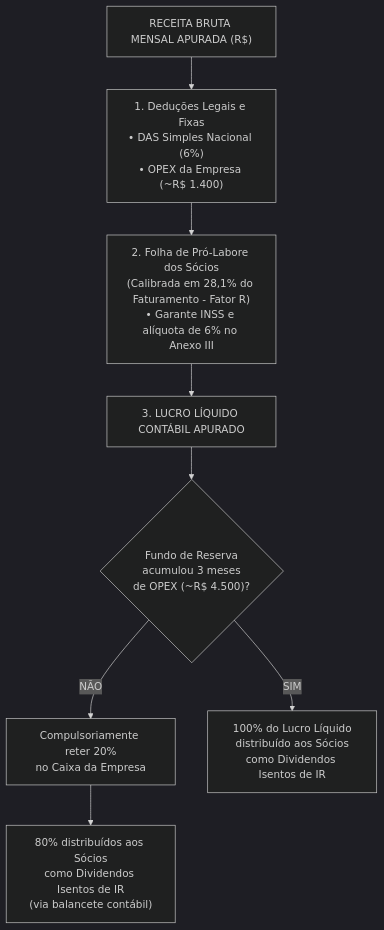
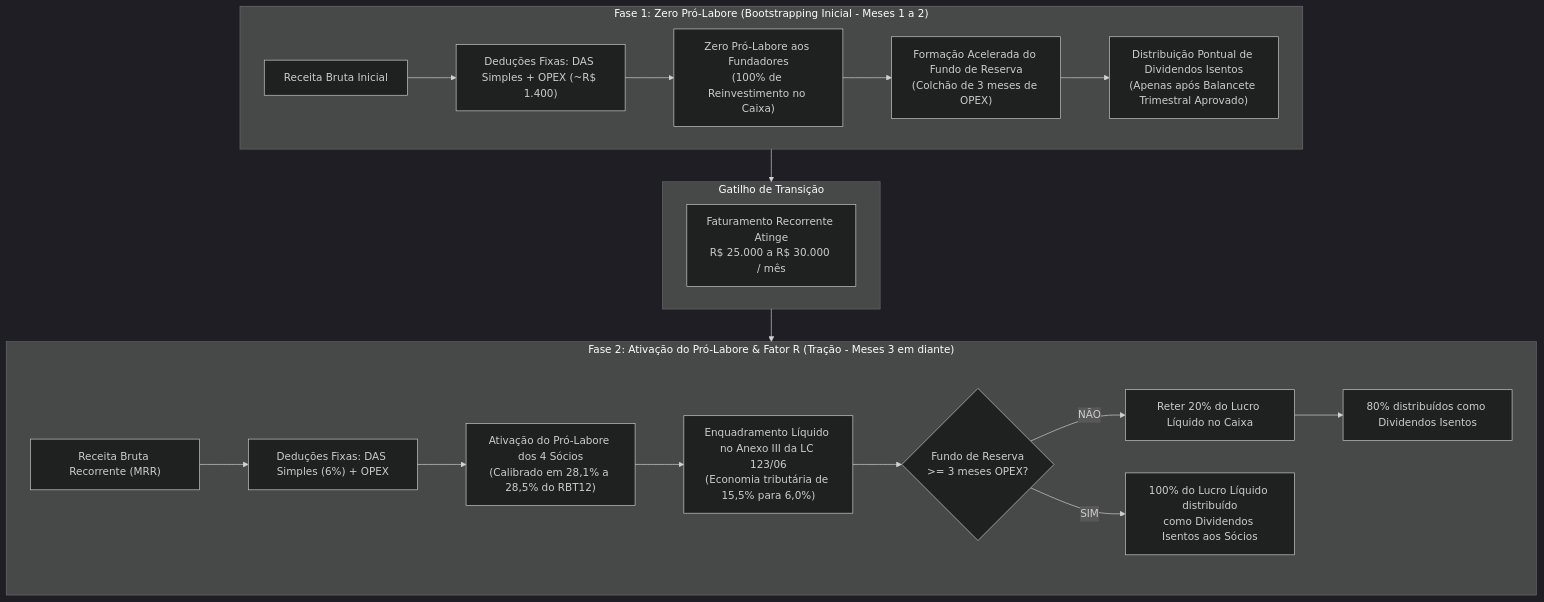
One commit to thiagorduarte1107/startup changed the sixth of 9 diagrams in PLANO_DE_LANCAMENTO_EMPRESARIAL.md. Above: the diagram before and after it, drawn with Mermaid (dark theme). The commit also changed other lines of this file, not shown here.

Commit message:
docs(plan): add Mermaid flowcharts for governance, OpenBot multi-agent squad, 2-phase bootstrapping and outbound funnel

````diff
--- a/PLANO_DE_LANCAMENTO_EMPRESARIAL.md
+++ b/PLANO_DE_LANCAMENTO_EMPRESARIAL.md
@@ -296,10 +345,25 @@
 ```mermaid
 flowchart TD
-    REC["RECEITA BRUTA MENSAL APURADA (R$)"] --> DED["1. Deduções Legais e Fixas\n• DAS Simples Nacional (6%)\n• OPEX da Empresa (~R$ 1.400)"]
-    DED --> FAT["2. Folha de Pró-Labore dos Sócios\n(Calibrada em 28,1% do Faturamento - Fator R)\n• Garante INSS e alíquota de 6% no Anexo III"]
-    FAT --> LIQ["3. LUCRO LÍQUIDO CONTÁBIL APURADO"]
-    LIQ --> DEC{"Fundo de Reserva\nacumulou 3 meses\nde OPEX (~R$ 4.500)?"}
-    DEC -->|"NÃO"| RES["Compulsoriamente reter 20%\nno Caixa da Empresa"]
-    RES --> DIV1["80% distribuídos aos Sócios\ncomo Dividendos Isentos de IR\n(via balancete contábil)"]
-    DEC -->|"SIM"| DIV2["100% do Lucro Líquido\ndistribuído aos Sócios\ncomo Dividendos Isentos de IR"]
+    subgraph Fase1 ["Fase 1: Zero Pró-Labore (Bootstrapping Inicial - Meses 1 a 2)"]
+        F1_A["Receita Bruta Inicial"] --> F1_B["Deduções Fixas: DAS Simples + OPEX (~R$ 1.400)"]
+        F1_B --> F1_C["Zero Pró-Labore aos Fundadores\n(100% de Reinvestimento no Caixa)"]
+        F1_C --> F1_D["Formação Acelerada do Fundo de Reserva\n(Colchão de 3 meses de OPEX)"]
+        F1_D --> F1_E["Distribuição Pontual de Dividendos Isentos\n(Apenas após Balancete Trimestral Aprovado)"]
+    end
+
+    subgraph Gatilho ["Gatilho de Transição"]
+        GAT["Faturamento Recorrente Atinge\nR$ 25.000 a R$ 30.000 / mês"]
+    end
+
+    subgraph Fase2 ["Fase 2: Ativação do Pró-Labore & Fator R (Tração - Meses 3 em diante)"]
+        F2_A["Receita Bruta Recorrente (MRR)"] --> F2_B["Deduções Fixas: DAS Simples (6%) + OPEX"]
+        F2_B --> F2_C["Ativação do Pró-Labore dos 4 Sócios\n(Calibrado em 28,1% a 28,5% do RBT12)"]
+        F2_C --> F2_D["Enquadramento Líquido no Anexo III da LC 123/06\n(Economia tributária de 15,5% para 6,0%)"]
+        F2_D --> F2_E{"Fundo de Reserva\n>= 3 meses OPEX?"}
+        F2_E -->|"NÃO"| F2_F["Reter 20% do Lucro Líquido no Caixa"]
+        F2_F --> F2_G["80% distribuídos como Dividendos Isentos"]
+        F2_E -->|"SIM"| F2_H["100% do Lucro Líquido distribuído\ncomo Dividendos Isentos aos Sócios"]
+    end
+
+    Fase1 --> Gatilho --> Fase2
 ```
````
